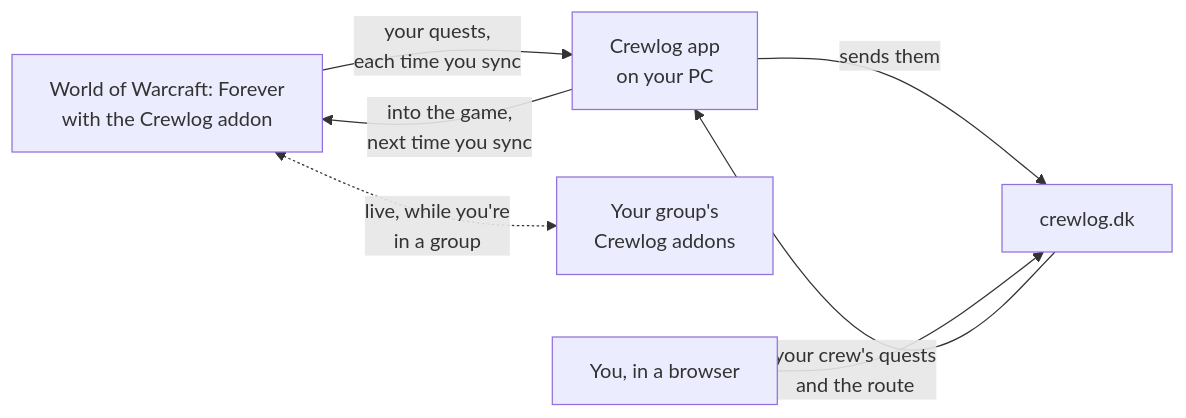
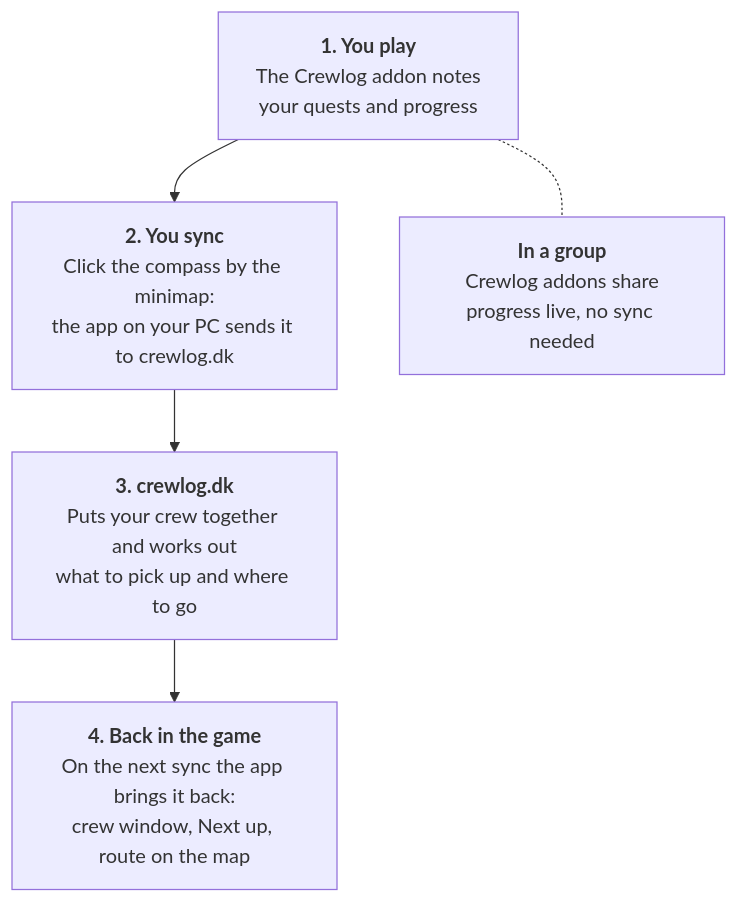
One commit to niogtres/wow_crewlog changed the diagram in README.md. Above: the diagram before and after it, drawn with Mermaid.

Commit message:
README: the diagram as four plain steps, top to bottom

````diff
--- a/README.md
+++ b/README.md
@@ -30,9 +30,10 @@
 ```mermaid
-flowchart LR
-  G["World of Warcraft: Forever<br/>with the Crewlog addon"] -- "your quests,<br/>each time you sync" --> P["Crewlog app<br/>on your PC"]
-  P -- "sends them" --> W["crewlog.dk"]
-  W -- "your crew's quests<br/>and the route" --> P
-  P -- "into the game,<br/>next time you sync" --> G
-  G <-. "live, while you're<br/>in a group" .-> F["Your group's<br/>Crewlog addons"]
-  B["You, in a browser"] --> W
+flowchart TD
+  A["<b>1. You play</b><br/>The Crewlog addon notes<br/>your quests and progress"]
+  B["<b>2. You sync</b><br/>Click the compass by the minimap:<br/>the app on your PC sends it to crewlog.dk"]
+  C["<b>3. crewlog.dk</b><br/>Puts your crew together and works out<br/>what to pick up and where to go"]
+  D["<b>4. Back in the game</b><br/>On the next sync the app brings it back:<br/>crew window, Next up, route on the map"]
+  E["<b>In a group</b><br/>Crewlog addons share<br/>progress live, no sync needed"]
+  A --> B --> C --> D
+  A -.- E
 ```
````
